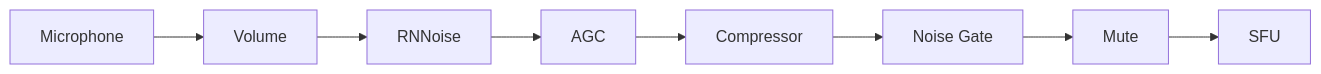
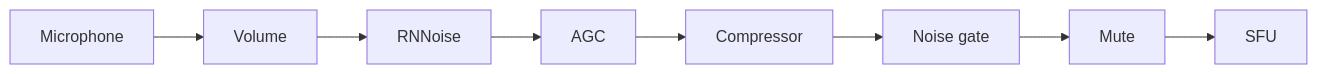
Before and after one commit to Gryt-chat/docs: the second of 3 diagrams in content/docs/guide/architecture.mdx, drawn with Mermaid. The commit also changed other lines of this file and 4 other files, not shown here.

````diff
--- a/content/docs/guide/architecture.mdx
+++ b/content/docs/guide/architecture.mdx
@@ -63,10 +45,10 @@
 ```mermaid
 graph LR
   Mic["Microphone"] --> Vol["Volume"]
   Vol --> RNN["RNNoise"]
   RNN --> AGC["AGC"]
   AGC --> Comp["Compressor"]
-  Comp --> Gate["Noise Gate"]
+  Comp --> Gate["Noise gate"]
   Gate --> Mute["Mute"]
   Mute --> SFU
 ```
````
